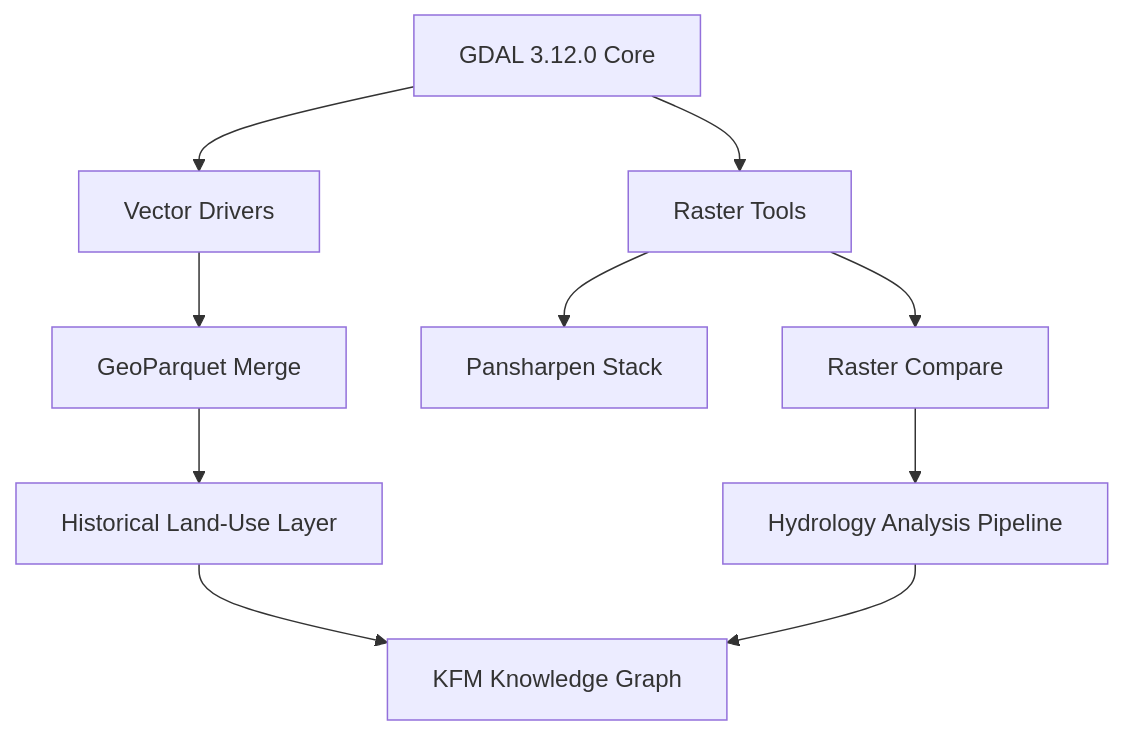
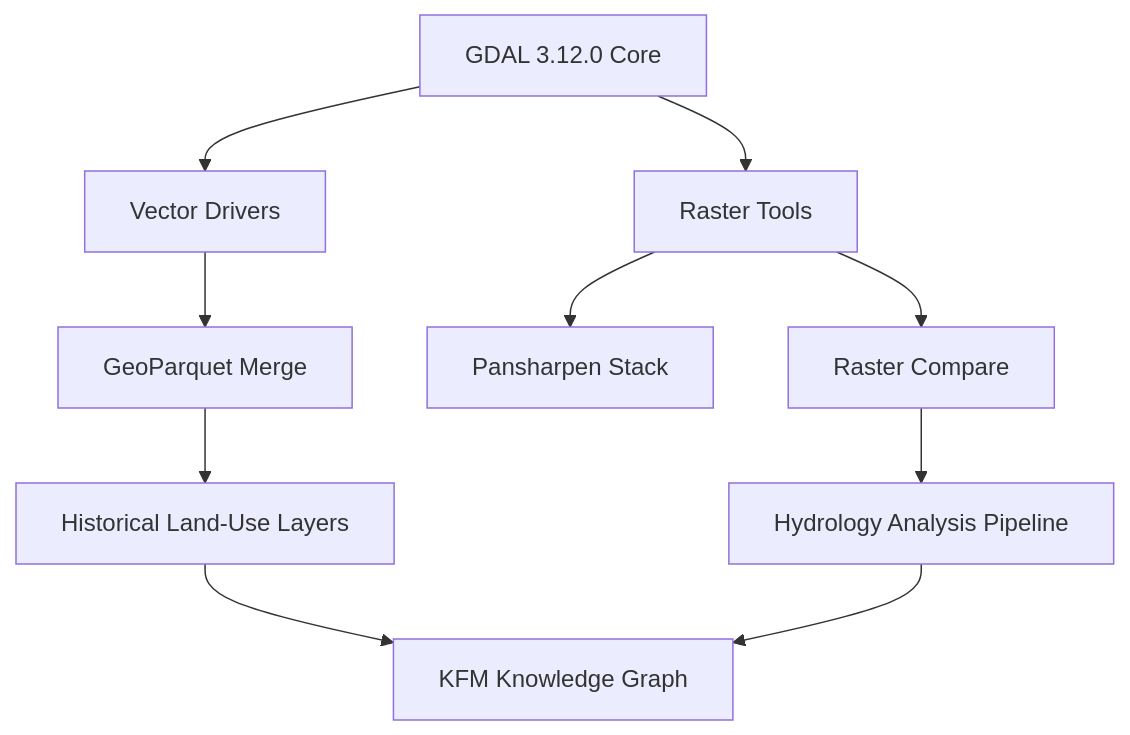
One commit to bartytime4life/Kansas-Frontier-Matrix changed the diagram in web/src/pipelines/geospatial/README.md. Above: the diagram before and after it, drawn with Mermaid. The commit also changed other lines of this file, not shown here.

````diff
--- a/web/src/pipelines/geospatial/README.md
+++ b/web/src/pipelines/geospatial/README.md
@@ -72,12 +83,12 @@
 ```mermaid
 flowchart TD
     A["GDAL 3.12.0 Core"] --> B["Raster Tools"]
     A --> C["Vector Drivers"]
     B --> D["Raster Compare"]
     B --> E["Pansharpen Stack"]
     C --> F["GeoParquet Merge"]
     D --> G["Hydrology Analysis Pipeline"]
-    F --> H["Historical Land-Use Layer"]
+    F --> H["Historical Land-Use Layers"]
     H --> I["KFM Knowledge Graph"]
     G --> I
 ```
````
